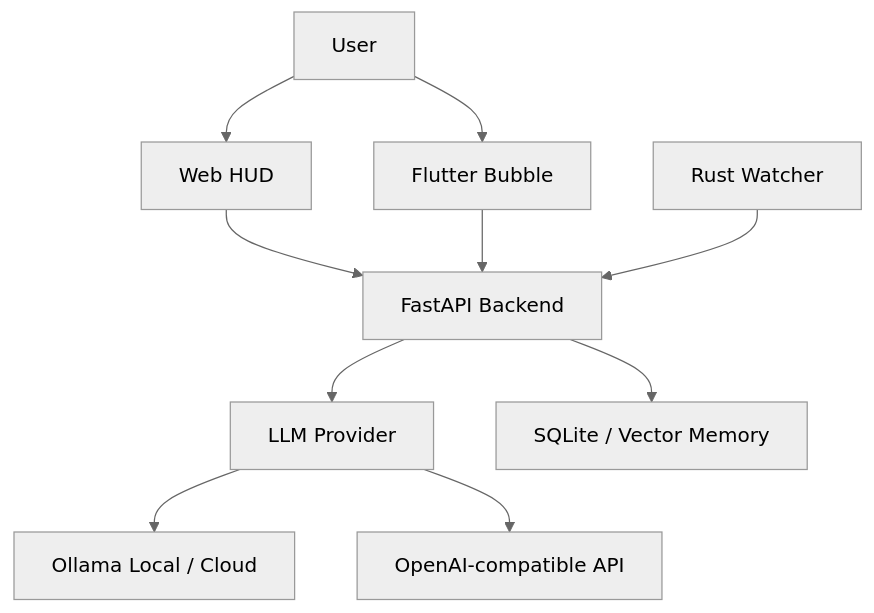
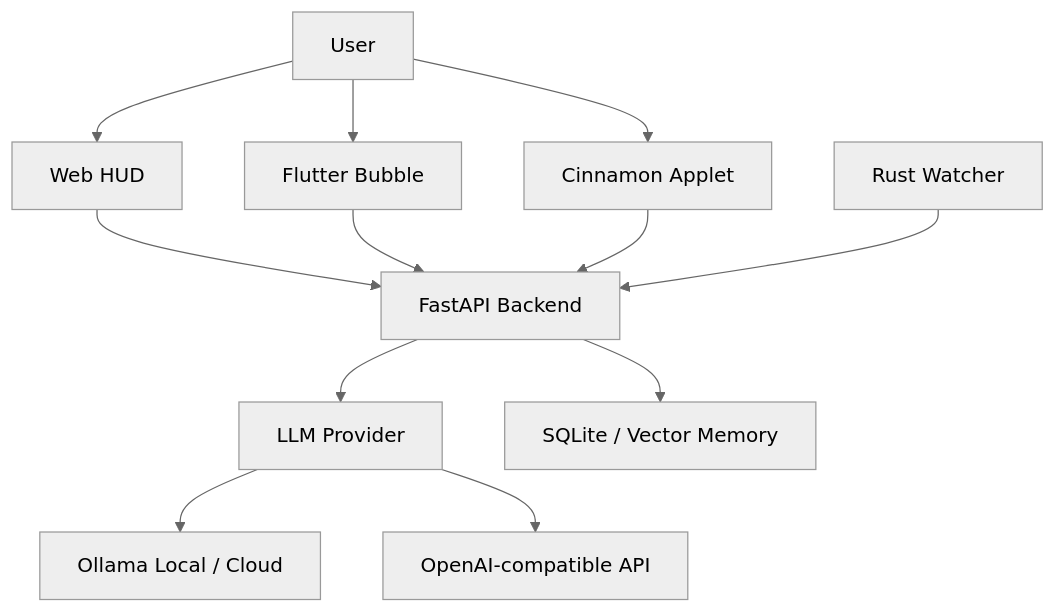
The diagram in README.md (zeusinfra/NEXUS), drawn with Mermaid (neutral theme) before and after one commit. The commit also changed other lines of this file and 13 other files, not shown here.

Commit message:
Add Cinnamon applet and modern bubble chat

````diff
--- a/README.md
+++ b/README.md
@@ -18,15 +18,17 @@
 ```mermaid
 graph TD
     User[User] --> WebHUD[Web HUD]
     User --> Bubble[Flutter Bubble]
+    User --> Applet[Cinnamon Applet]
 
     WebHUD --> API[FastAPI Backend]
     Bubble --> API
+    Applet --> API
 
     API --> LLM[LLM Provider]
     API --> Memory[SQLite / Vector Memory]
     Watcher[Rust Watcher] --> API
 
     LLM --> Ollama[Ollama Local / Cloud]
     LLM --> OpenAI[OpenAI-compatible API]
 ```
````
